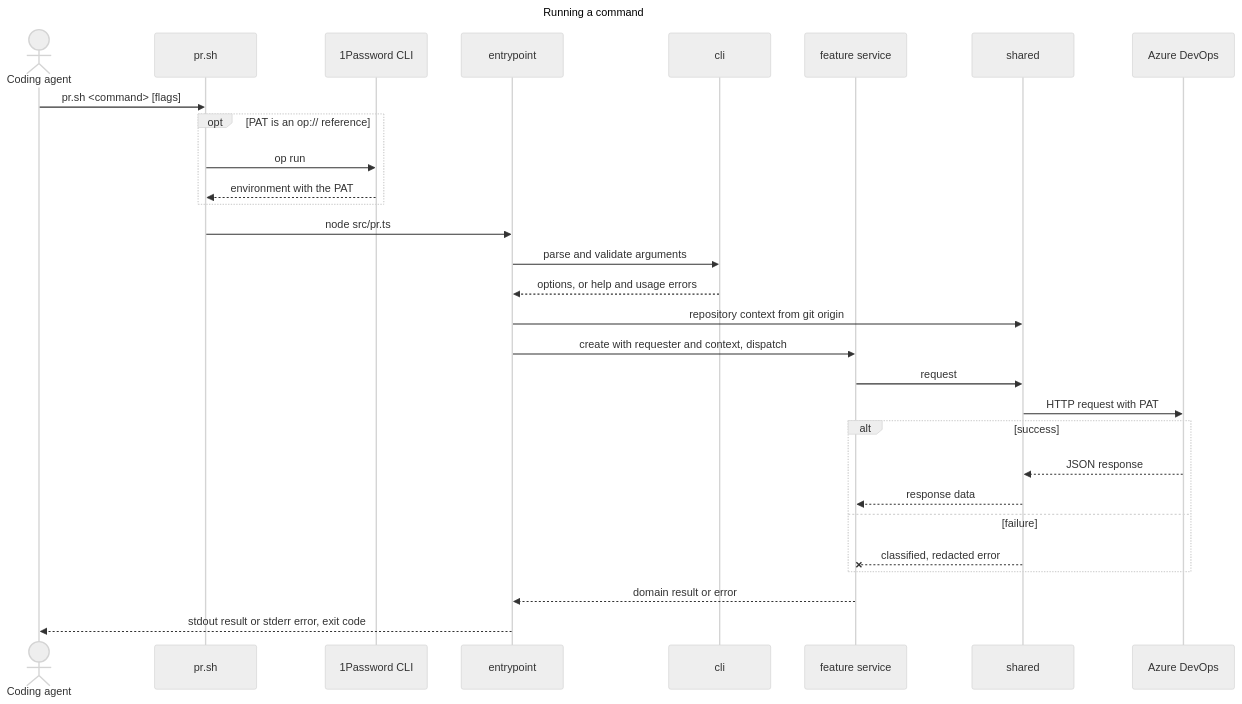
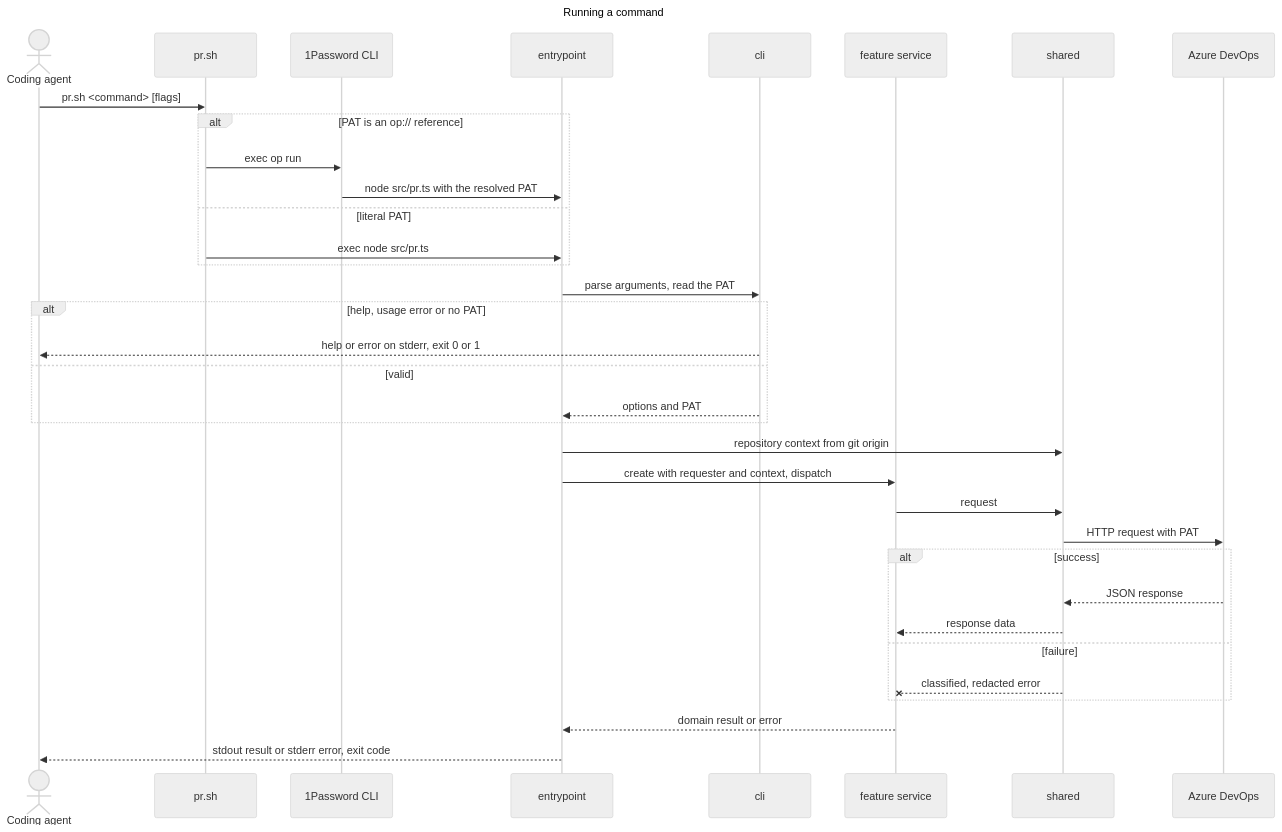
Before and after one commit to remshams/ado-pr: the third of 5 diagrams in docs/architecture/architecture.md, drawn with Mermaid (neutral theme). The commit also changed other lines of this file and 1 other file, not shown here.

Commit message:
docs(Architecture): match the runtime diagrams to the launcher and CLI flow

````diff
--- a/docs/architecture/architecture.md
+++ b/docs/architecture/architecture.md
@@ -119,34 +119,39 @@
 ```mermaid
 ---
 title: Running a command
 ---
 sequenceDiagram
     actor Agent as Coding agent
     participant Launcher as pr.sh
     participant Op as 1Password CLI
     participant Entry as entrypoint
     participant Cli as cli
     participant Feature as feature service
     participant Shared as shared
     participant Azure as Azure DevOps
     Agent->>Launcher: pr.sh <command> [flags]
-    opt PAT is an op:// reference
-        Launcher->>Op: op run
-        Op-->>Launcher: environment with the PAT
+    alt PAT is an op:// reference
+        Launcher->>Op: exec op run
+        Op->>Entry: node src/pr.ts with the resolved PAT
+    else literal PAT
+        Launcher->>Entry: exec node src/pr.ts
     end
-    Launcher->>Entry: node src/pr.ts
-    Entry->>Cli: parse and validate arguments
-    Cli-->>Entry: options, or help and usage errors
+    Entry->>Cli: parse arguments, read the PAT
+    alt help, usage error or no PAT
+        Cli-->>Agent: help or error on stderr, exit 0 or 1
+    else valid
+        Cli-->>Entry: options and PAT
+    end
     Entry->>Shared: repository context from git origin
     Entry->>Feature: create with requester and context, dispatch
     Feature->>Shared: request
     Shared->>Azure: HTTP request with PAT
     alt success
         Azure-->>Shared: JSON response
         Shared-->>Feature: response data
     else failure
         Shared--xFeature: classified, redacted error
     end
     Feature-->>Entry: domain result or error
     Entry-->>Agent: stdout result or stderr error, exit code
 ```
````
